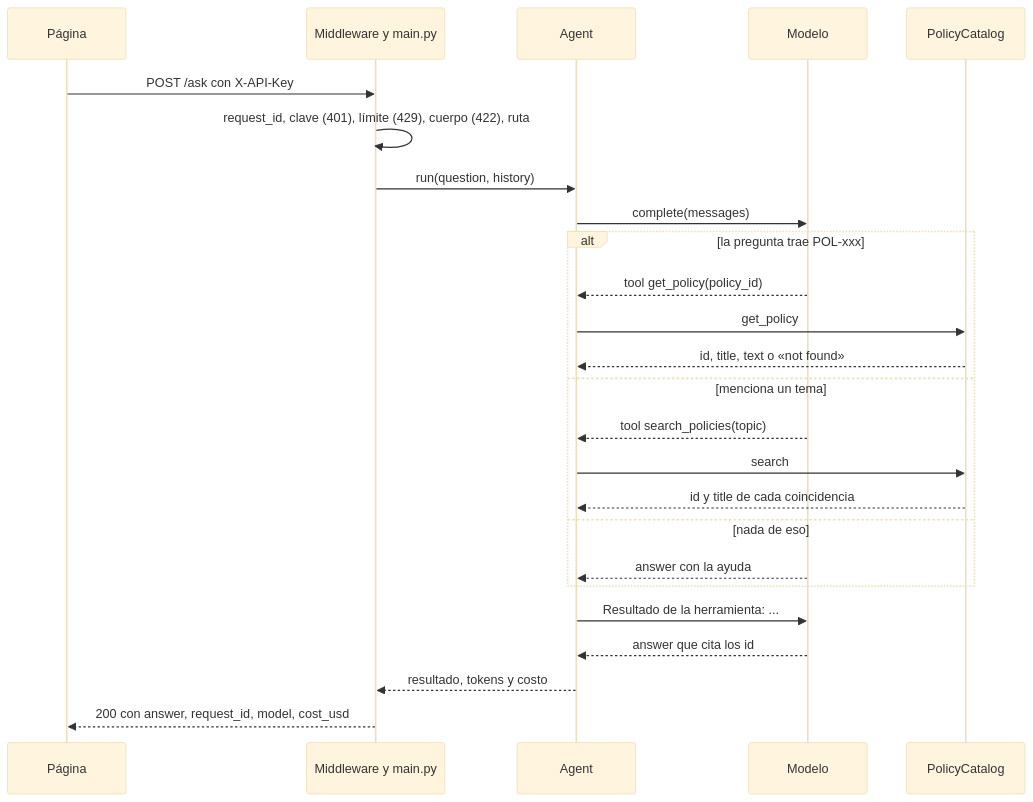
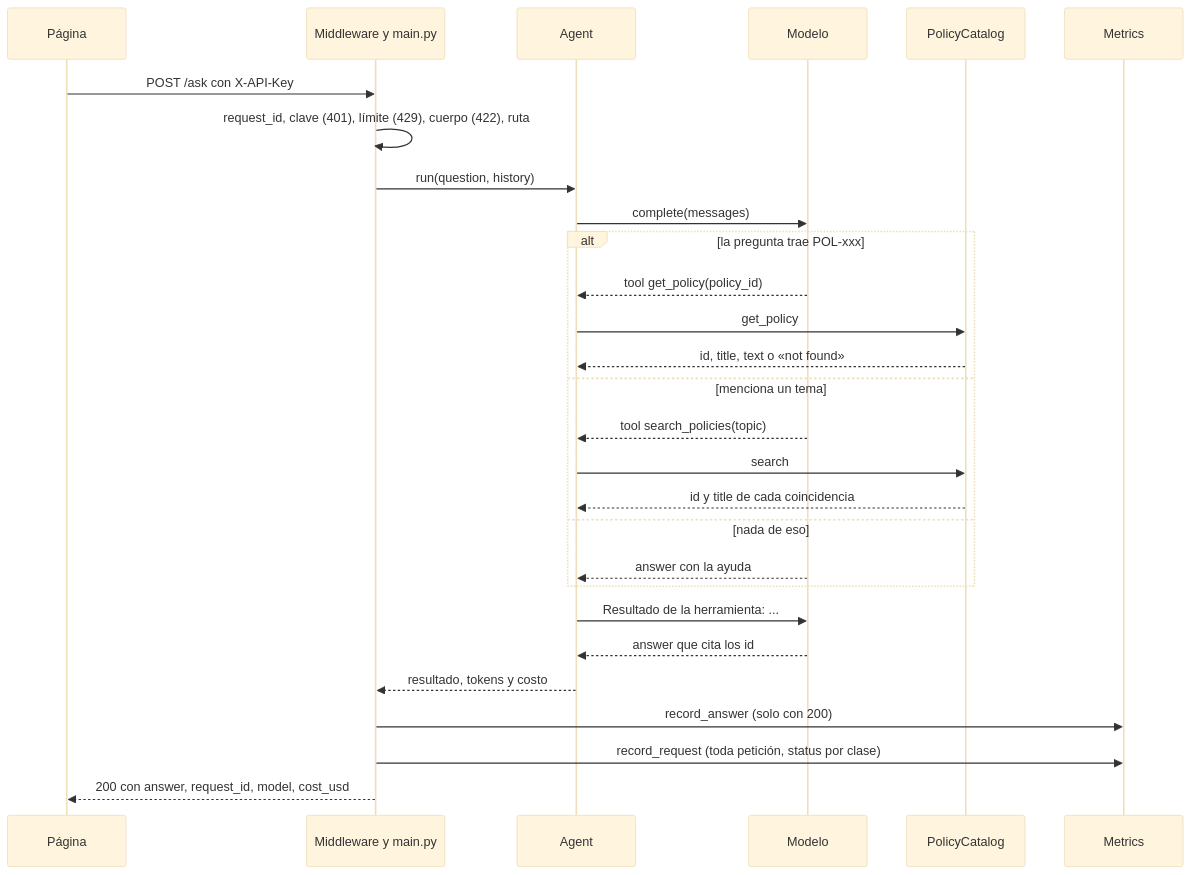
One commit to EAPH96/Fabric-AI-M4 changed the second of 3 diagrams in politicas/doc/architecture.md. Above: the diagram before and after it, drawn with Mermaid (base theme). The commit also changed other lines of this file and 18 other files, not shown here.

Commit message:
spec/07-reto-observabilidad.md: métricas de negocio (by_model, cached_calls, stopped, tools, status) en /metrics de los dos productos

````diff
--- a/politicas/doc/architecture.md
+++ b/politicas/doc/architecture.md
@@ -39,27 +41,30 @@
 ```mermaid
 sequenceDiagram
     participant WEB as Página
     participant API as Middleware y main.py
     participant AG as Agent
     participant MOD as Modelo
     participant CAT as PolicyCatalog
+    participant MET as Metrics
     WEB->>API: POST /ask con X-API-Key
     API->>API: request_id, clave (401), límite (429), cuerpo (422), ruta
     API->>AG: run(question, history)
     AG->>MOD: complete(messages)
     alt la pregunta trae POL-xxx
         MOD-->>AG: tool get_policy(policy_id)
         AG->>CAT: get_policy
         CAT-->>AG: id, title, text o «not found»
     else menciona un tema
         MOD-->>AG: tool search_policies(topic)
         AG->>CAT: search
         CAT-->>AG: id y title de cada coincidencia
     else nada de eso
         MOD-->>AG: answer con la ayuda
     end
     AG->>MOD: Resultado de la herramienta: ...
     MOD-->>AG: answer que cita los id
     AG-->>API: resultado, tokens y costo
+    API->>MET: record_answer (solo con 200)
+    API->>MET: record_request (toda petición, status por clase)
     API-->>WEB: 200 con answer, request_id, model, cost_usd
 ```
````
